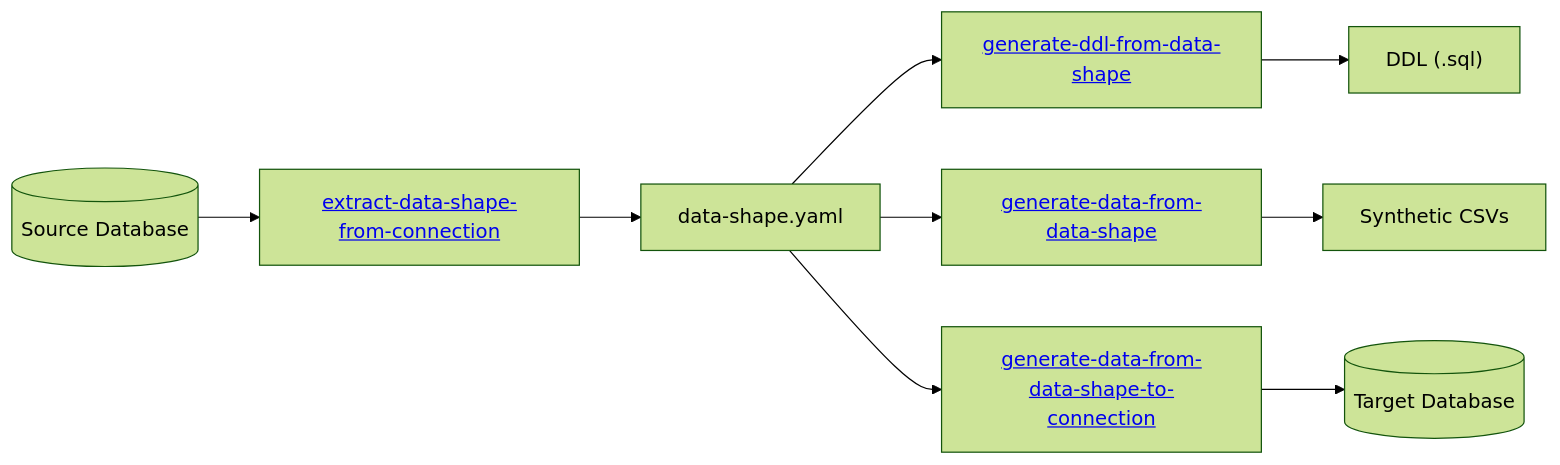
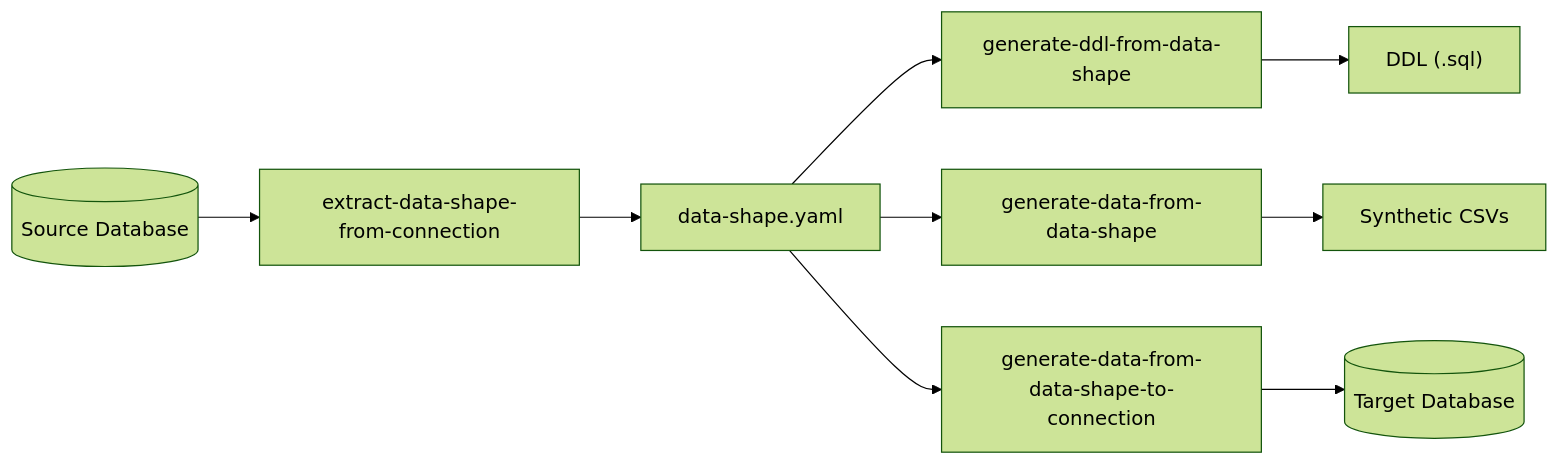
One commit to AtScaleInc/ps-utils changed the third of 7 diagrams in docs/ACTIONS.md. Above: the diagram before and after it, drawn with Mermaid (forest theme). The commit also changed other lines of this file and 1 other file, not shown here.

Commit message:
fix: remove HTML links from mermaid diagrams in README and ACTIONS documentation

````diff
--- a/docs/ACTIONS.md
+++ b/docs/ACTIONS.md
@@ -39,8 +37,7 @@
 ```mermaid
-%%{init: {"flowchart": {"htmlLabels": true}} }%%
 flowchart LR
-    DB[("Source Database")] --> A["<a href='#extract-data-shape-from-connection'>extract-data-shape-from-connection</a>"] --> SHAPE["data-shape.yaml"]
-    SHAPE --> B["<a href='#generate-ddl-from-data-shape'>generate-ddl-from-data-shape</a>"] --> DDL["DDL (.sql)"]
-    SHAPE --> C["<a href='#generate-data-from-data-shape'>generate-data-from-data-shape</a>"] --> CSV["Synthetic CSVs"]
-    SHAPE --> D["<a href='#generate-data-from-data-shape-to-connection'>generate-data-from-data-shape-to-connection</a>"] --> TARGET[("Target Database")]
+    DB[("Source Database")] --> A["extract-data-shape-from-connection"] --> SHAPE["data-shape.yaml"]
+    SHAPE --> B["generate-ddl-from-data-shape"] --> DDL["DDL (.sql)"]
+    SHAPE --> C["generate-data-from-data-shape"] --> CSV["Synthetic CSVs"]
+    SHAPE --> D["generate-data-from-data-shape-to-connection"] --> TARGET[("Target Database")]
 ```
````
